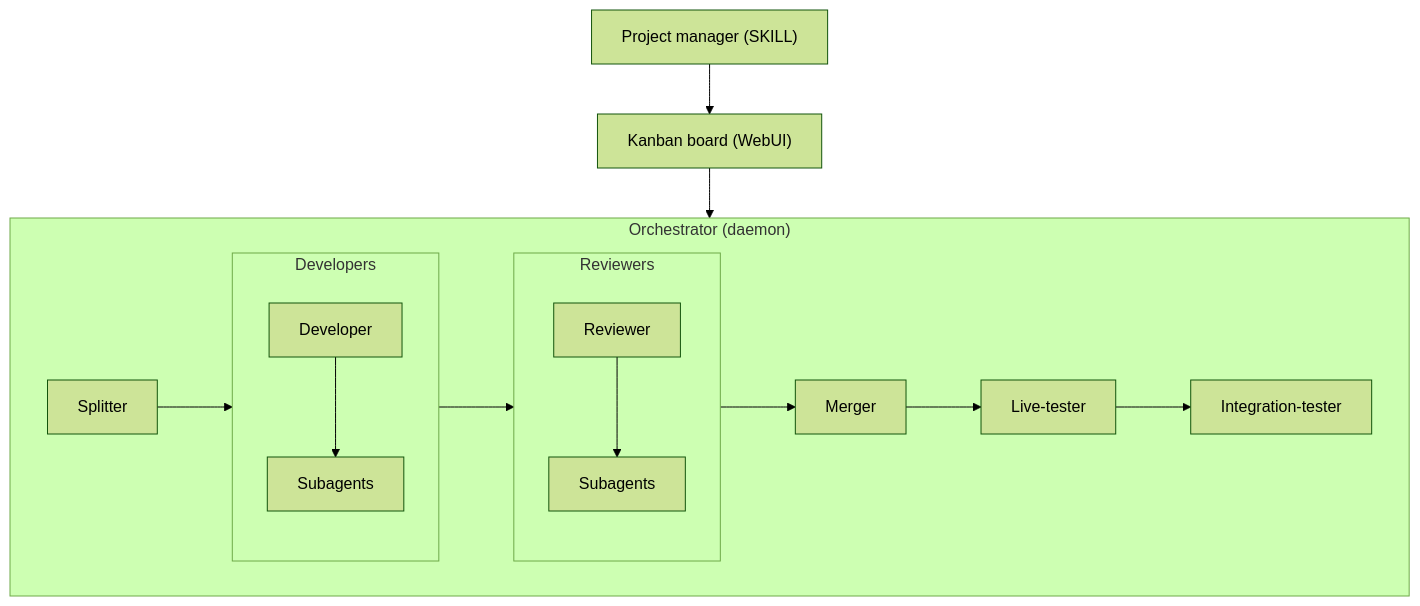
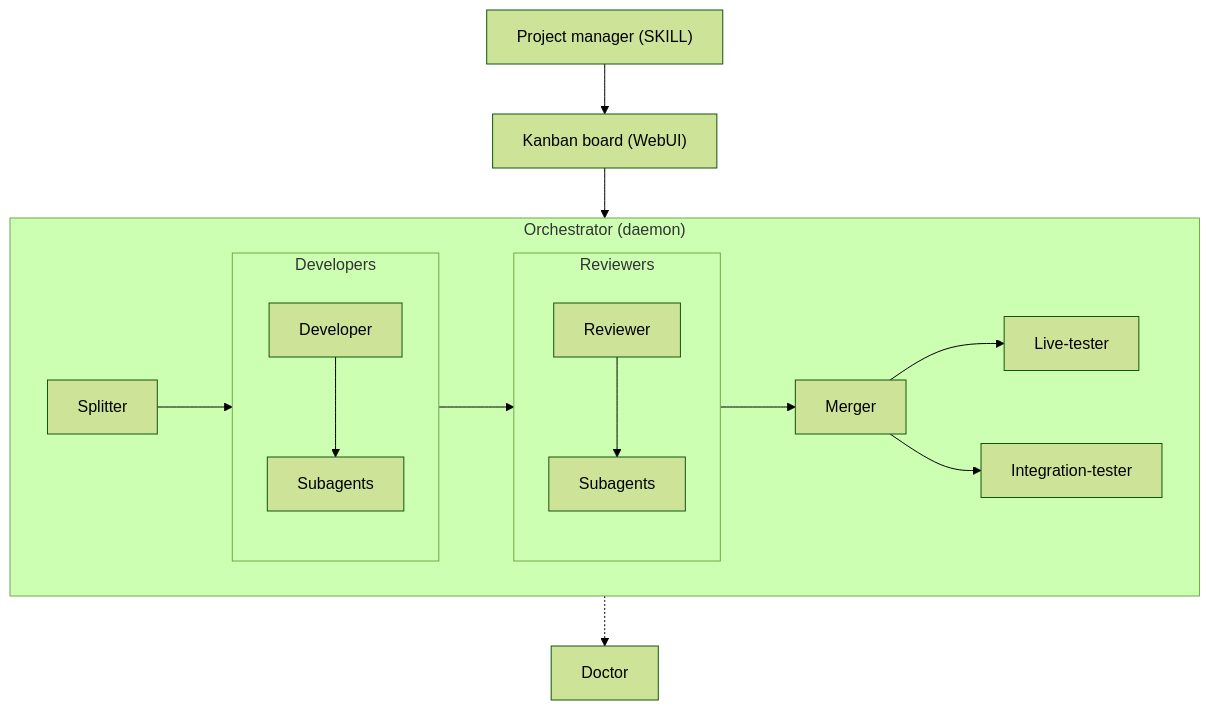
The diagram in README.md (sphamba/se-llm-team), drawn with Mermaid (forest theme) before and after one commit.

Commit message:
docs: update readme diagram

````diff
--- a/README.md
+++ b/README.md
@@ -13,21 +13,22 @@
 ```mermaid
 flowchart TD
     PM["Project manager (SKILL)"] --> Board
     Board["Kanban board (WebUI)"] --> Orchestrator
     subgraph Orchestrator["Orchestrator (daemon)"]
         direction LR
         Splitter --> Developers
         Developers --> Reviewers
         Reviewers --> Merger
         Merger --> LiveTester["Live-tester"]
-        LiveTester --> IntegrationTester["Integration-tester"]
+        Merger --> IntegrationTester["Integration-tester"]
     end
     subgraph Developers
         direction TB
         Developer --> SubDevelopers["Subagents"]
     end
     subgraph Reviewers
         direction TB
         Reviewer --> SubReviewers["Subagents"]
     end
+    Orchestrator .-> Doctor
 ```
````
